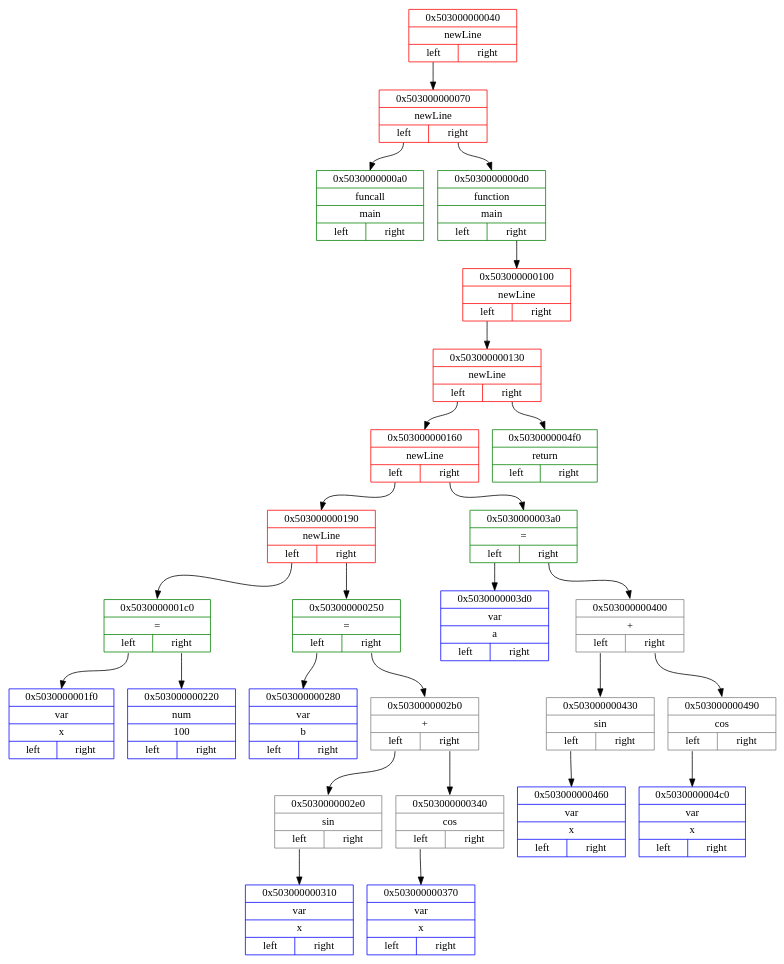
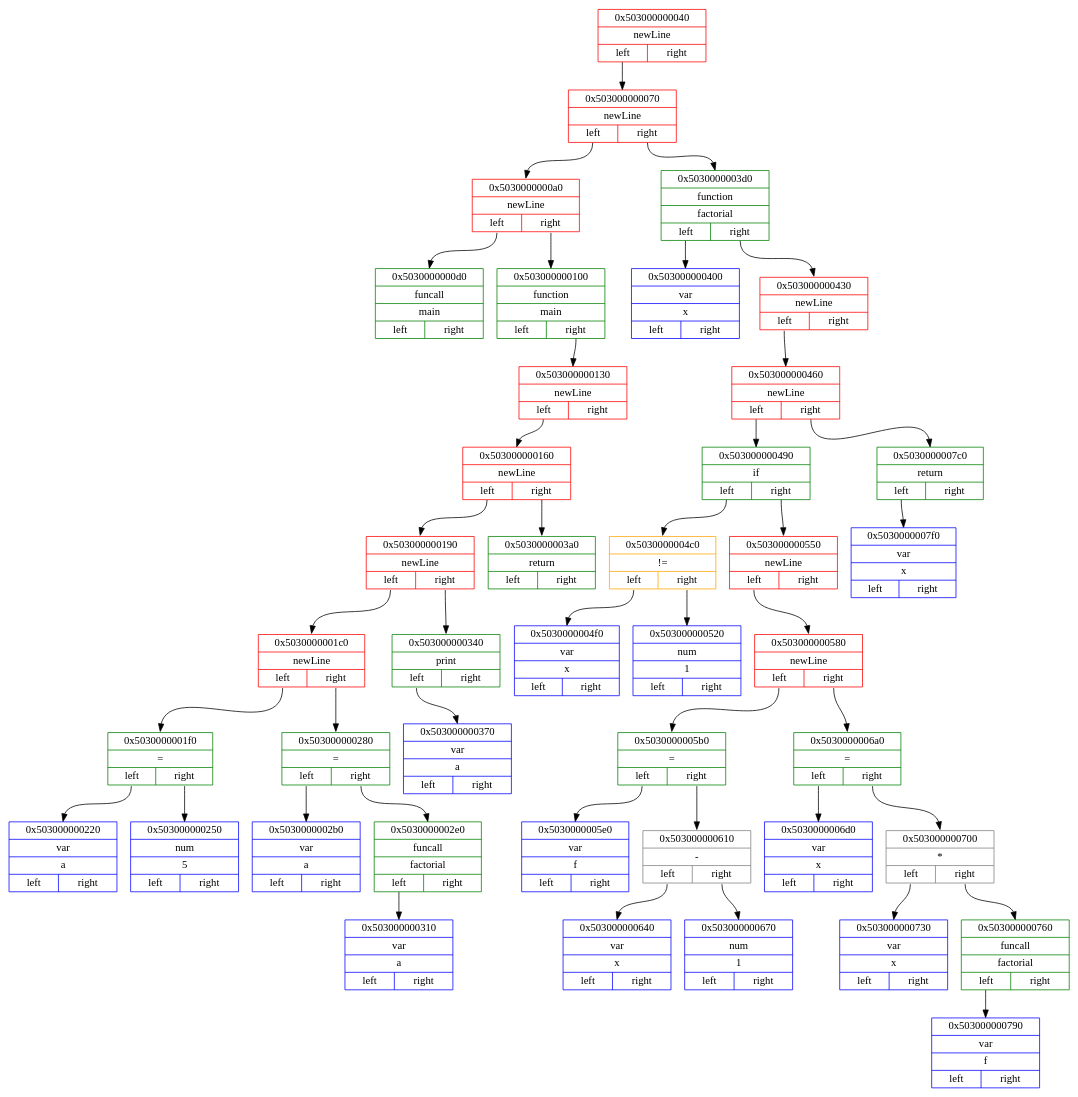
One commit to Matvey787/myProgLanguage changed the diagram in dot_files/backendDotFile.dot. Above: the diagram before and after it, drawn with Graphviz. The commit also changed 62 other files, not shown here.

```diff
--- a/dot_files/backendDotFile.dot
+++ b/dot_files/backendDotFile.dot
@@ -4,53 +4,85 @@
 
 node0x503000000040 [ shape=record, color = red rank = 1, label= "{ 0x503000000040 | newLine |         {<n0x503000000040_l> left | <n0x503000000040_r> right}} " ];
 node0x503000000070 [ shape=record, color = red rank = 2, label= "{ 0x503000000070 | newLine |         {<n0x503000000070_l> left | <n0x503000000070_r> right}} " ];
-node0x5030000000a0 [ shape=record, color = green rank = 3, label= "{ 0x5030000000a0 | funcall | main |         {<n0x5030000000a0_l> left | <n0x5030000000a0_r> right}} " ];
-node0x503000000070:<n0x503000000070_l>:s -> node0x5030000000a0:n [ color = black; ]
-node0x5030000000d0 [ shape=record, color = green rank = 4, label= "{ 0x5030000000d0 | function | main |         {<n0x5030000000d0_l> left | <n0x5030000000d0_r> right}} " ];
-node0x503000000100 [ shape=record, color = red rank = 5, label= "{ 0x503000000100 | newLine |         {<n0x503000000100_l> left | <n0x503000000100_r> right}} " ];
+node0x5030000000a0 [ shape=record, color = red rank = 3, label= "{ 0x5030000000a0 | newLine |         {<n0x5030000000a0_l> left | <n0x5030000000a0_r> right}} " ];
+node0x5030000000d0 [ shape=record, color = green rank = 4, label= "{ 0x5030000000d0 | funcall | main |         {<n0x5030000000d0_l> left | <n0x5030000000d0_r> right}} " ];
+node0x5030000000a0:<n0x5030000000a0_l>:s -> node0x5030000000d0:n [ color = black; ]
+node0x503000000100 [ shape=record, color = green rank = 5, label= "{ 0x503000000100 | function | main |         {<n0x503000000100_l> left | <n0x503000000100_r> right}} " ];
 node0x503000000130 [ shape=record, color = red rank = 6, label= "{ 0x503000000130 | newLine |         {<n0x503000000130_l> left | <n0x503000000130_r> right}} " ];
 node0x503000000160 [ shape=record, color = red rank = 7, label= "{ 0x503000000160 | newLine |         {<n0x503000000160_l> left | <n0x503000000160_r> right}} " ];
 node0x503000000190 [ shape=record, color = red rank = 8, label= "{ 0x503000000190 | newLine |         {<n0x503000000190_l> left | <n0x503000000190_r> right}} " ];
-node0x5030000001c0 [ shape=record, color = green rank = 9, label= "{ 0x5030000001c0 | = |         {<n0x5030000001c0_l> left | <n0x5030000001c0_r> right}} " ];
-node0x5030000001f0 [ shape=record, color = blue rank = 10, label= "{ 0x5030000001f0 | var | x |         {<n0x5030000001f0_l> left | <n0x5030000001f0_r> right}} " ];
+node0x5030000001c0 [ shape=record, color = red rank = 9, label= "{ 0x5030000001c0 | newLine |         {<n0x5030000001c0_l> left | <n0x5030000001c0_r> right}} " ];
+node0x5030000001f0 [ shape=record, color = green rank = 10, label= "{ 0x5030000001f0 | = |         {<n0x5030000001f0_l> left | <n0x5030000001f0_r> right}} " ];
+node0x503000000220 [ shape=record, color = blue rank = 11, label= "{ 0x503000000220 | var | a |         {<n0x503000000220_l> left | <n0x503000000220_r> right}} " ];
+node0x5030000001f0:<n0x5030000001f0_l>:s -> node0x503000000220:n [ color = black; ]
+node0x503000000250 [ shape=record, color = blue rank = 12, label= "{ 0x503000000250 | num | 5 |         {<n0x503000000250_l> left | <n0x503000000250_r> right}} " ];
+node0x5030000001f0:<n0x5030000001f0_r>:s -> node0x503000000250:n [ color = black; ]
 node0x5030000001c0:<n0x5030000001c0_l>:s -> node0x5030000001f0:n [ color = black; ]
-node0x503000000220 [ shape=record, color = blue rank = 11, label= "{ 0x503000000220 | num | 100 |         {<n0x503000000220_l> left | <n0x503000000220_r> right}} " ];
-node0x5030000001c0:<n0x5030000001c0_r>:s -> node0x503000000220:n [ color = black; ]
+node0x503000000280 [ shape=record, color = green rank = 11, label= "{ 0x503000000280 | = |         {<n0x503000000280_l> left | <n0x503000000280_r> right}} " ];
+node0x5030000002b0 [ shape=record, color = blue rank = 12, label= "{ 0x5030000002b0 | var | a |         {<n0x5030000002b0_l> left | <n0x5030000002b0_r> right}} " ];
+node0x503000000280:<n0x503000000280_l>:s -> node0x5030000002b0:n [ color = black; ]
+node0x5030000002e0 [ shape=record, color = green rank = 13, label= "{ 0x5030000002e0 | funcall | factorial |         {<n0x5030000002e0_l> left | <n0x5030000002e0_r> right}} " ];
+node0x503000000310 [ shape=record, color = blue rank = 14, label= "{ 0x503000000310 | var | a |         {<n0x503000000310_l> left | <n0x503000000310_r> right}} " ];
+node0x5030000002e0:<n0x5030000002e0_l>:s -> node0x503000000310:n [ color = black; ]
+node0x503000000280:<n0x503000000280_r>:s -> node0x5030000002e0:n [ color = black; ]
+node0x5030000001c0:<n0x5030000001c0_r>:s -> node0x503000000280:n [ color = black; ]
 node0x503000000190:<n0x503000000190_l>:s -> node0x5030000001c0:n [ color = black; ]
-node0x503000000250 [ shape=record, color = green rank = 10, label= "{ 0x503000000250 | = |         {<n0x503000000250_l> left | <n0x503000000250_r> right}} " ];
-node0x503000000280 [ shape=record, color = blue rank = 11, label= "{ 0x503000000280 | var | b |         {<n0x503000000280_l> left | <n0x503000000280_r> right}} " ];
-node0x503000000250:<n0x503000000250_l>:s -> node0x503000000280:n [ color = black; ]
-node0x5030000002b0 [ shape=record, color = grey rank = 12, label= "{ 0x5030000002b0 | + |         {<n0x5030000002b0_l> left | <n0x5030000002b0_r> right}} " ];
-node0x5030000002e0 [ shape=record, color = grey rank = 13, label= "{ 0x5030000002e0 | sin |         {<n0x5030000002e0_l> left | <n0x5030000002e0_r> right}} " ];
-node0x503000000310 [ shape=record, color = blue rank = 14, label= "{ 0x503000000310 | var | x |         {<n0x503000000310_l> left | <n0x503000000310_r> right}} " ];
-node0x5030000002e0:<n0x5030000002e0_l>:s -> node0x503000000310:n [ color = black; ]
-node0x5030000002b0:<n0x5030000002b0_l>:s -> node0x5030000002e0:n [ color = black; ]
-node0x503000000340 [ shape=record, color = grey rank = 14, label= "{ 0x503000000340 | cos |         {<n0x503000000340_l> left | <n0x503000000340_r> right}} " ];
-node0x503000000370 [ shape=record, color = blue rank = 15, label= "{ 0x503000000370 | var | x |         {<n0x503000000370_l> left | <n0x503000000370_r> right}} " ];
+node0x503000000340 [ shape=record, color = green rank = 10, label= "{ 0x503000000340 | print |         {<n0x503000000340_l> left | <n0x503000000340_r> right}} " ];
+node0x503000000370 [ shape=record, color = blue rank = 11, label= "{ 0x503000000370 | var | a |         {<n0x503000000370_l> left | <n0x503000000370_r> right}} " ];
 node0x503000000340:<n0x503000000340_l>:s -> node0x503000000370:n [ color = black; ]
-node0x5030000002b0:<n0x5030000002b0_r>:s -> node0x503000000340:n [ color = black; ]
-node0x503000000250:<n0x503000000250_r>:s -> node0x5030000002b0:n [ color = black; ]
-node0x503000000190:<n0x503000000190_r>:s -> node0x503000000250:n [ color = black; ]
+node0x503000000190:<n0x503000000190_r>:s -> node0x503000000340:n [ color = black; ]
 node0x503000000160:<n0x503000000160_l>:s -> node0x503000000190:n [ color = black; ]
-node0x5030000003a0 [ shape=record, color = green rank = 9, label= "{ 0x5030000003a0 | = |         {<n0x5030000003a0_l> left | <n0x5030000003a0_r> right}} " ];
-node0x5030000003d0 [ shape=record, color = blue rank = 10, label= "{ 0x5030000003d0 | var | a |         {<n0x5030000003d0_l> left | <n0x5030000003d0_r> right}} " ];
-node0x5030000003a0:<n0x5030000003a0_l>:s -> node0x5030000003d0:n [ color = black; ]
-node0x503000000400 [ shape=record, color = grey rank = 11, label= "{ 0x503000000400 | + |         {<n0x503000000400_l> left | <n0x503000000400_r> right}} " ];
-node0x503000000430 [ shape=record, color = grey rank = 12, label= "{ 0x503000000430 | sin |         {<n0x503000000430_l> left | <n0x503000000430_r> right}} " ];
-node0x503000000460 [ shape=record, color = blue rank = 13, label= "{ 0x503000000460 | var | x |         {<n0x503000000460_l> left | <n0x503000000460_r> right}} " ];
-node0x503000000430:<n0x503000000430_l>:s -> node0x503000000460:n [ color = black; ]
-node0x503000000400:<n0x503000000400_l>:s -> node0x503000000430:n [ color = black; ]
-node0x503000000490 [ shape=record, color = grey rank = 13, label= "{ 0x503000000490 | cos |         {<n0x503000000490_l> left | <n0x503000000490_r> right}} " ];
-node0x5030000004c0 [ shape=record, color = blue rank = 14, label= "{ 0x5030000004c0 | var | x |         {<n0x5030000004c0_l> left | <n0x5030000004c0_r> right}} " ];
-node0x503000000490:<n0x503000000490_l>:s -> node0x5030000004c0:n [ color = black; ]
-node0x503000000400:<n0x503000000400_r>:s -> node0x503000000490:n [ color = black; ]
-node0x5030000003a0:<n0x5030000003a0_r>:s -> node0x503000000400:n [ color = black; ]
+node0x5030000003a0 [ shape=record, color = green rank = 9, label= "{ 0x5030000003a0 | return |         {<n0x5030000003a0_l> left | <n0x5030000003a0_r> right}} " ];
 node0x503000000160:<n0x503000000160_r>:s -> node0x5030000003a0:n [ color = black; ]
 node0x503000000130:<n0x503000000130_l>:s -> node0x503000000160:n [ color = black; ]
-node0x5030000004f0 [ shape=record, color = green rank = 8, label= "{ 0x5030000004f0 | return |         {<n0x5030000004f0_l> left | <n0x5030000004f0_r> right}} " ];
-node0x503000000130:<n0x503000000130_r>:s -> node0x5030000004f0:n [ color = black; ]
-node0x503000000100:<n0x503000000100_l>:s -> node0x503000000130:n [ color = black; ]
-node0x5030000000d0:<n0x5030000000d0_r>:s -> node0x503000000100:n [ color = black; ]
-node0x503000000070:<n0x503000000070_r>:s -> node0x5030000000d0:n [ color = black; ]
+node0x503000000100:<n0x503000000100_r>:s -> node0x503000000130:n [ color = black; ]
+node0x5030000000a0:<n0x5030000000a0_r>:s -> node0x503000000100:n [ color = black; ]
+node0x503000000070:<n0x503000000070_l>:s -> node0x5030000000a0:n [ color = black; ]
+node0x5030000003d0 [ shape=record, color = green rank = 4, label= "{ 0x5030000003d0 | function | factorial |         {<n0x5030000003d0_l> left | <n0x5030000003d0_r> right}} " ];
+node0x503000000400 [ shape=record, color = blue rank = 5, label= "{ 0x503000000400 | var | x |         {<n0x503000000400_l> left | <n0x503000000400_r> right}} " ];
+node0x5030000003d0:<n0x5030000003d0_l>:s -> node0x503000000400:n [ color = black; ]
+node0x503000000430 [ shape=record, color = red rank = 6, label= "{ 0x503000000430 | newLine |         {<n0x503000000430_l> left | <n0x503000000430_r> right}} " ];
+node0x503000000460 [ shape=record, color = red rank = 7, label= "{ 0x503000000460 | newLine |         {<n0x503000000460_l> left | <n0x503000000460_r> right}} " ];
+node0x503000000490 [ shape=record, color = green rank = 8, label= "{ 0x503000000490 | if |         {<n0x503000000490_l> left | <n0x503000000490_r> right}} " ];
+node0x5030000004c0 [ shape=record, color = orange rank = 9, label= "{ 0x5030000004c0 | != |         {<n0x5030000004c0_l> left | <n0x5030000004c0_r> right}} " ];
+node0x5030000004f0 [ shape=record, color = blue rank = 10, label= "{ 0x5030000004f0 | var | x |         {<n0x5030000004f0_l> left | <n0x5030000004f0_r> right}} " ];
+node0x5030000004c0:<n0x5030000004c0_l>:s -> node0x5030000004f0:n [ color = black; ]
+node0x503000000520 [ shape=record, color = blue rank = 11, label= "{ 0x503000000520 | num | 1 |         {<n0x503000000520_l> left | <n0x503000000520_r> right}} " ];
+node0x5030000004c0:<n0x5030000004c0_r>:s -> node0x503000000520:n [ color = black; ]
+node0x503000000490:<n0x503000000490_l>:s -> node0x5030000004c0:n [ color = black; ]
+node0x503000000550 [ shape=record, color = red rank = 10, label= "{ 0x503000000550 | newLine |         {<n0x503000000550_l> left | <n0x503000000550_r> right}} " ];
+node0x503000000580 [ shape=record, color = red rank = 11, label= "{ 0x503000000580 | newLine |         {<n0x503000000580_l> left | <n0x503000000580_r> right}} " ];
+node0x5030000005b0 [ shape=record, color = green rank = 12, label= "{ 0x5030000005b0 | = |         {<n0x5030000005b0_l> left | <n0x5030000005b0_r> right}} " ];
+node0x5030000005e0 [ shape=record, color = blue rank = 13, label= "{ 0x5030000005e0 | var | f |         {<n0x5030000005e0_l> left | <n0x5030000005e0_r> right}} " ];
+node0x5030000005b0:<n0x5030000005b0_l>:s -> node0x5030000005e0:n [ color = black; ]
+node0x503000000610 [ shape=record, color = grey rank = 14, label= "{ 0x503000000610 | - |         {<n0x503000000610_l> left | <n0x503000000610_r> right}} " ];
+node0x503000000640 [ shape=record, color = blue rank = 15, label= "{ 0x503000000640 | var | x |         {<n0x503000000640_l> left | <n0x503000000640_r> right}} " ];
+node0x503000000610:<n0x503000000610_l>:s -> node0x503000000640:n [ color = black; ]
+node0x503000000670 [ shape=record, color = blue rank = 16, label= "{ 0x503000000670 | num | 1 |         {<n0x503000000670_l> left | <n0x503000000670_r> right}} " ];
+node0x503000000610:<n0x503000000610_r>:s -> node0x503000000670:n [ color = black; ]
+node0x5030000005b0:<n0x5030000005b0_r>:s -> node0x503000000610:n [ color = black; ]
+node0x503000000580:<n0x503000000580_l>:s -> node0x5030000005b0:n [ color = black; ]
+node0x5030000006a0 [ shape=record, color = green rank = 13, label= "{ 0x5030000006a0 | = |         {<n0x5030000006a0_l> left | <n0x5030000006a0_r> right}} " ];
+node0x5030000006d0 [ shape=record, color = blue rank = 14, label= "{ 0x5030000006d0 | var | x |         {<n0x5030000006d0_l> left | <n0x5030000006d0_r> right}} " ];
+node0x5030000006a0:<n0x5030000006a0_l>:s -> node0x5030000006d0:n [ color = black; ]
+node0x503000000700 [ shape=record, color = grey rank = 15, label= "{ 0x503000000700 | * |         {<n0x503000000700_l> left | <n0x503000000700_r> right}} " ];
+node0x503000000730 [ shape=record, color = blue rank = 16, label= "{ 0x503000000730 | var | x |         {<n0x503000000730_l> left | <n0x503000000730_r> right}} " ];
+node0x503000000700:<n0x503000000700_l>:s -> node0x503000000730:n [ color = black; ]
+node0x503000000760 [ shape=record, color = green rank = 17, label= "{ 0x503000000760 | funcall | factorial |         {<n0x503000000760_l> left | <n0x503000000760_r> right}} " ];
+node0x503000000790 [ shape=record, color = blue rank = 18, label= "{ 0x503000000790 | var | f |         {<n0x503000000790_l> left | <n0x503000000790_r> right}} " ];
+node0x503000000760:<n0x503000000760_l>:s -> node0x503000000790:n [ color = black; ]
+node0x503000000700:<n0x503000000700_r>:s -> node0x503000000760:n [ color = black; ]
+node0x5030000006a0:<n0x5030000006a0_r>:s -> node0x503000000700:n [ color = black; ]
+node0x503000000580:<n0x503000000580_r>:s -> node0x5030000006a0:n [ color = black; ]
+node0x503000000550:<n0x503000000550_l>:s -> node0x503000000580:n [ color = black; ]
+node0x503000000490:<n0x503000000490_r>:s -> node0x503000000550:n [ color = black; ]
+node0x503000000460:<n0x503000000460_l>:s -> node0x503000000490:n [ color = black; ]
+node0x5030000007c0 [ shape=record, color = green rank = 9, label= "{ 0x5030000007c0 | return |         {<n0x5030000007c0_l> left | <n0x5030000007c0_r> right}} " ];
+node0x5030000007f0 [ shape=record, color = blue rank = 10, label= "{ 0x5030000007f0 | var | x |         {<n0x5030000007f0_l> left | <n0x5030000007f0_r> right}} " ];
+node0x5030000007c0:<n0x5030000007c0_l>:s -> node0x5030000007f0:n [ color = black; ]
+node0x503000000460:<n0x503000000460_r>:s -> node0x5030000007c0:n [ color = black; ]
+node0x503000000430:<n0x503000000430_l>:s -> node0x503000000460:n [ color = black; ]
+node0x5030000003d0:<n0x5030000003d0_r>:s -> node0x503000000430:n [ color = black; ]
+node0x503000000070:<n0x503000000070_r>:s -> node0x5030000003d0:n [ color = black; ]
 node0x503000000040:<n0x503000000040_l>:s -> node0x503000000070:n [ color = black; ]
 }
```
